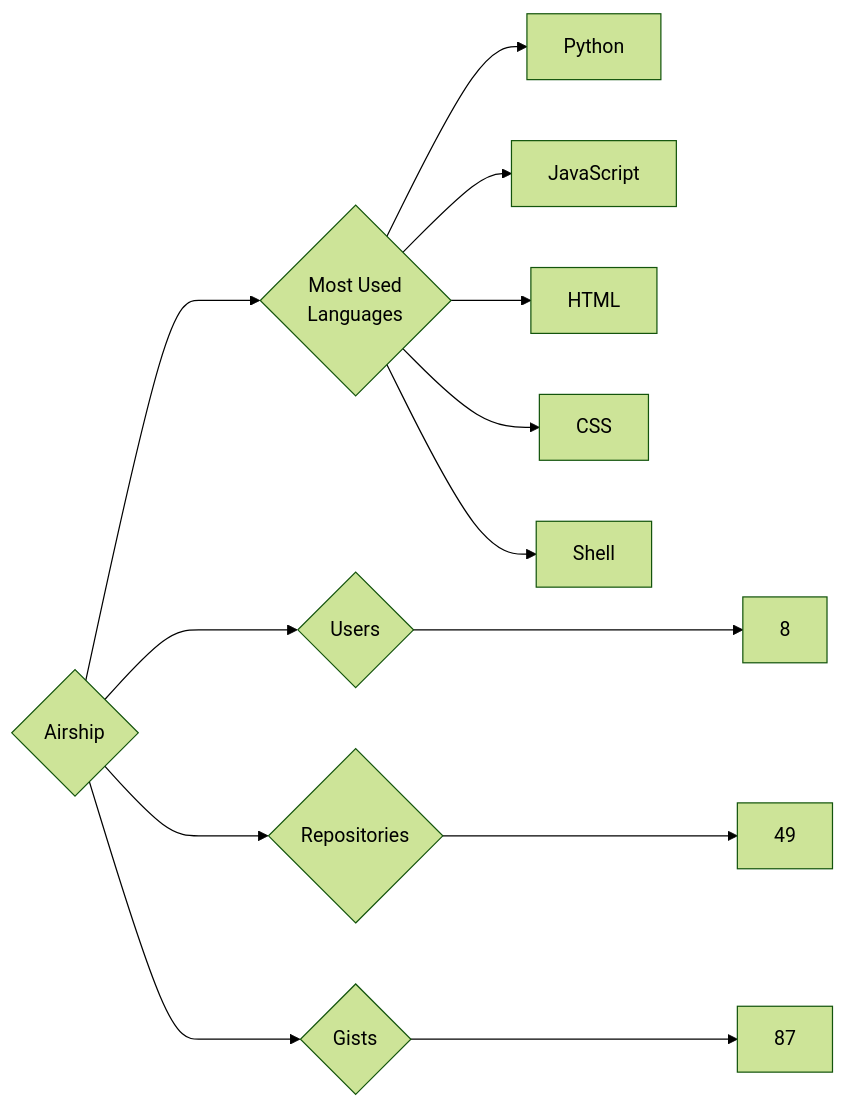
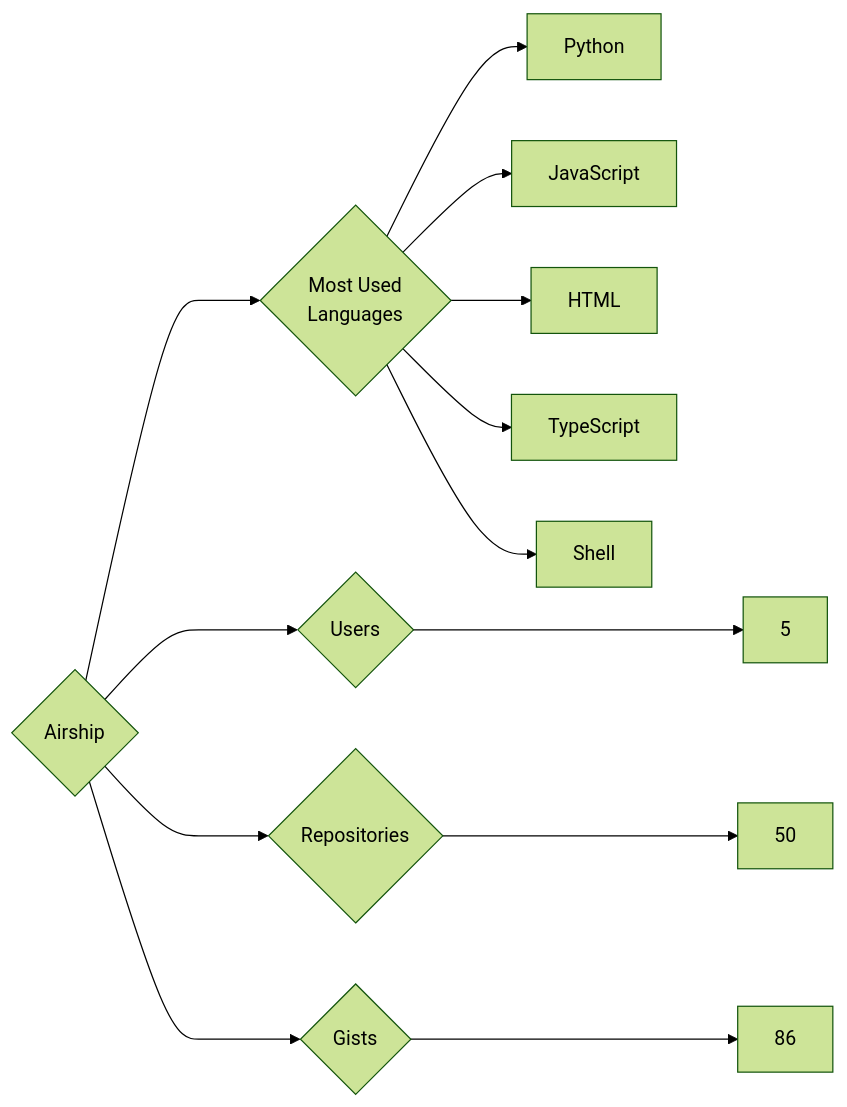
Before and after one commit to trickest/insiders: the diagram in targets/Airship/README.md, drawn with Mermaid (forest theme). The commit also changed 1003 other files, not shown here.

````diff
--- a/targets/Airship/README.md
+++ b/targets/Airship/README.md
@@ -3,13 +3,13 @@
 ```mermaid
 graph LR
 COMPANY_NAME{Airship}
-COMPANY_NAME ---> U{Users} ---> UN[8]
-COMPANY_NAME ---> R{Repositories} ---> RN[49]
-COMPANY_NAME ---> G{Gists} ---> GN[87]
+COMPANY_NAME ---> U{Users} ---> UN[5]
+COMPANY_NAME ---> R{Repositories} ---> RN[50]
+COMPANY_NAME ---> G{Gists} ---> GN[86]
 COMPANY_NAME ---> ML{Most Used<br>Languages}
 ML --> Python[Python]
 ML --> JavaScript[JavaScript]
 ML --> HTML[HTML]
-ML --> CSS[CSS]
+ML --> TypeScript[TypeScript]
 ML --> Shell[Shell]
 ```
````
